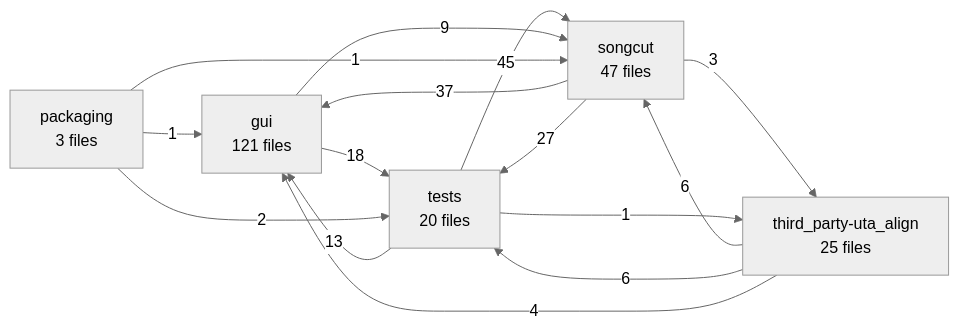
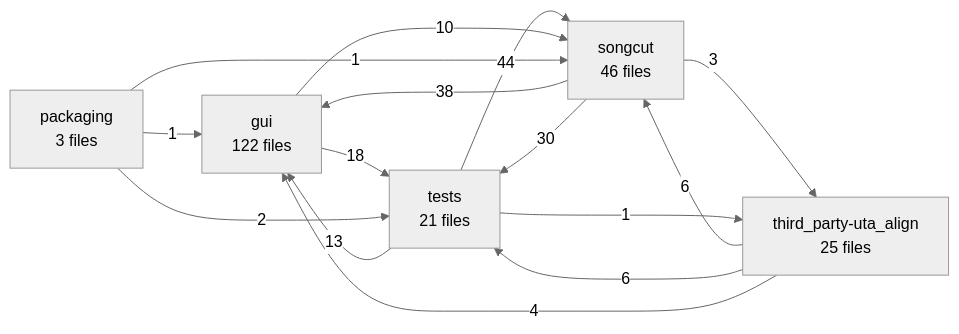
The diagram in docs/code-map/architecture.md (mokusatsu/songcut), drawn with Mermaid (neutral theme) before and after one commit. The commit also changed other lines of this file and 50 other files, not shown here.

````diff
--- a/docs/code-map/architecture.md
+++ b/docs/code-map/architecture.md
@@ -18,22 +18,22 @@
 ```mermaid
 flowchart LR
-  gui["gui\n121 files"]
-  songcut["songcut\n47 files"]
+  gui["gui\n122 files"]
+  songcut["songcut\n46 files"]
   third_party_uta_align["third_party-uta_align\n25 files"]
-  tests["tests\n20 files"]
+  tests["tests\n21 files"]
   packaging["packaging\n3 files"]
-  tests -->|45| songcut
-  songcut -->|37| gui
-  songcut -->|27| tests
+  tests -->|44| songcut
+  songcut -->|38| gui
+  songcut -->|30| tests
   gui -->|18| tests
   tests -->|13| gui
-  gui -->|9| songcut
+  gui -->|10| songcut
   third_party_uta_align -->|6| songcut
   third_party_uta_align -->|6| tests
   third_party_uta_align -->|4| gui
   songcut -->|3| third_party_uta_align
   packaging -->|2| tests
   packaging -->|1| gui
   packaging -->|1| songcut
   tests -->|1| third_party_uta_align
 ```
````
